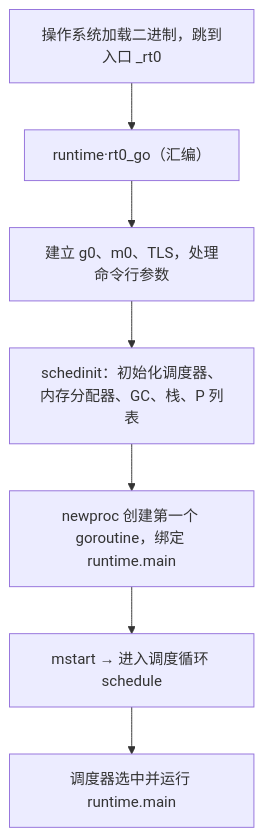
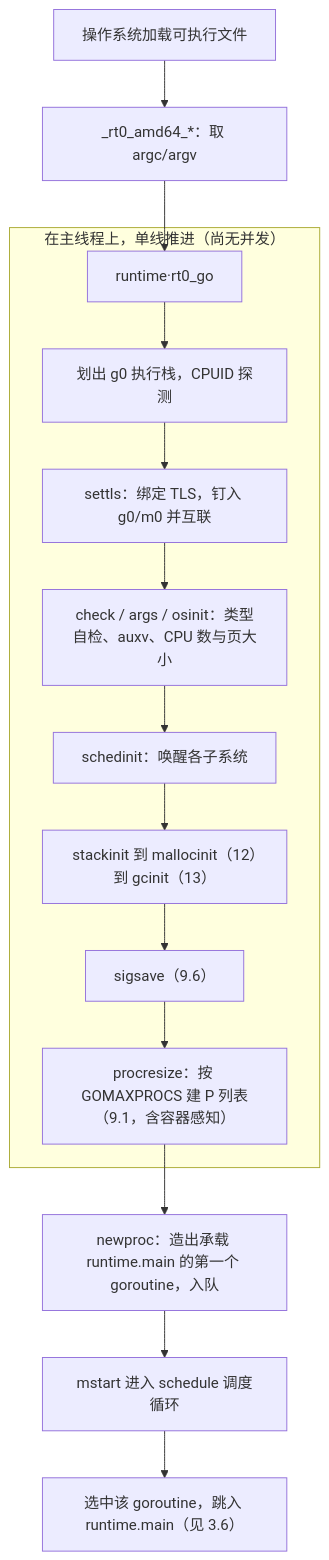
Before and after one commit to golang-design/under-the-hood: the diagram in book/zh-cn/part1overview/ch03life/boot.md, drawn with Mermaid. The commit also changed other lines of this file and 5 other files, not shown here.

````diff
--- a/book/zh-cn/part1overview/ch03life/boot.md
+++ b/book/zh-cn/part1overview/ch03life/boot.md
@@ -17,9 +255,17 @@
 ```mermaid
 flowchart TD
-    OS["操作系统加载二进制，跳到入口 _rt0"] --> RT0["runtime·rt0_go（汇编）"]
-    RT0 --> SETUP["建立 g0、m0、TLS，处理命令行参数"]
-    SETUP --> SI["schedinit：初始化调度器、内存分配器、GC、栈、P 列表"]
-    SI --> NP["newproc 创建第一个 goroutine，绑定 runtime.main"]
-    NP --> MS["mstart → 进入调度循环 schedule"]
-    MS --> RM["调度器选中并运行 runtime.main"]
+    OS["操作系统加载可执行文件"] --> RT0["_rt0_amd64_*：取 argc/argv"]
+    RT0 --> RTGO["runtime·rt0_go"]
+    subgraph BOOT["在主线程上，单线推进（尚无并发）"]
+        RTGO --> G0["划出 g0 执行栈，CPUID 探测"]
+        G0 --> TLS["settls：绑定 TLS，钉入 g0/m0 并互联"]
+        TLS --> SYS["check / args / osinit：类型自检、auxv、CPU 数与页大小"]
+        SYS --> SI["schedinit：唤醒各子系统"]
+        SI --> SI1["stackinit 到 mallocinit（12）到 gcinit（13）"]
+        SI1 --> SI2["sigsave（9.6）"]
+        SI2 --> SI3["procresize：按 GOMAXPROCS 建 P 列表（9.1，含容器感知）"]
+    end
+    SI3 --> NP["newproc：造出承载 runtime.main 的第一个 goroutine，入队"]
+    NP --> MS["mstart 进入 schedule 调度循环"]
+    MS --> RM["选中该 goroutine，跳入 runtime.main（见 3.6）"]
 ```
````
